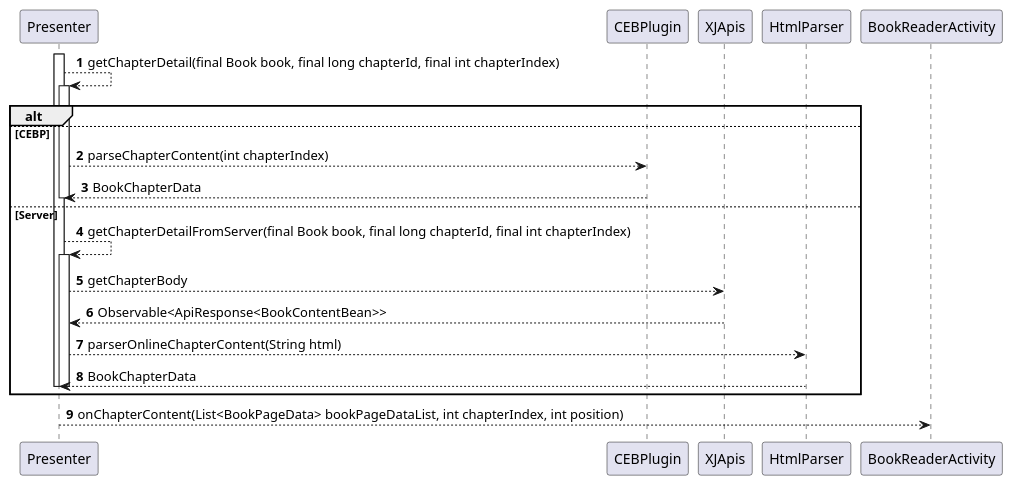
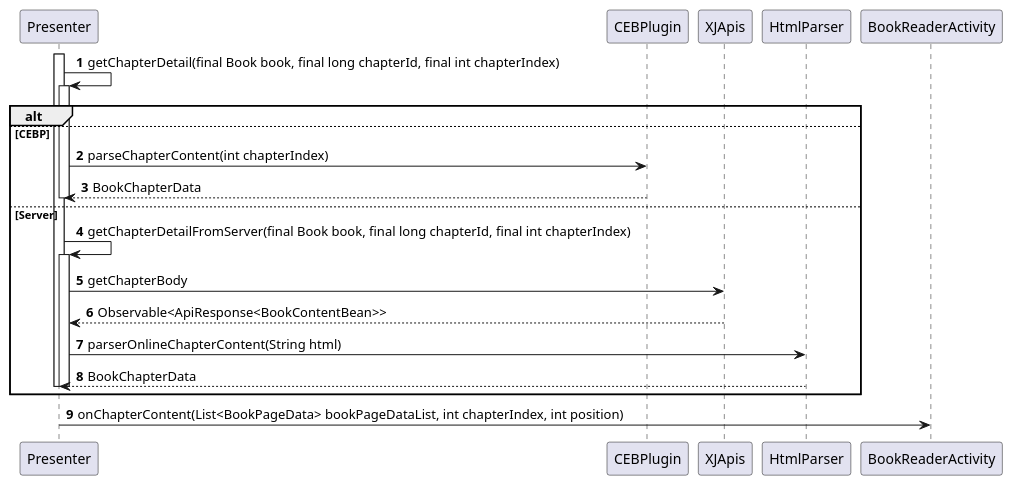
One commit to yufns/uml changed the diagram in uml/reader/module/reader/sequence/reader_data.puml. Above: the diagram before and after it, drawn with PlantUML. The commit also changed 9 other files, not shown here.

```diff
--- a/uml/reader/module/reader/sequence/reader_data.puml
+++ b/uml/reader/module/reader/sequence/reader_data.puml
@@ -1,26 +1,26 @@
 @startuml
 autonumber
 activate Presenter
-Presenter --> Presenter : getChapterDetail(final Book book, final long chapterId, final int chapterIndex)
+Presenter -> Presenter : getChapterDetail(final Book book, final long chapterId, final int chapterIndex)
 alt
 else CEBP
 activate Presenter
-Presenter --> CEBPlugin : parseChapterContent(int chapterIndex)
+Presenter -> CEBPlugin : parseChapterContent(int chapterIndex)
 Presenter <-- CEBPlugin : BookChapterData
 deactivate Presenter
 
 else Server
-Presenter --> Presenter : getChapterDetailFromServer(final Book book, final long chapterId, final int chapterIndex)
+Presenter -> Presenter : getChapterDetailFromServer(final Book book, final long chapterId, final int chapterIndex)
 activate Presenter
-Presenter --> XJApis : getChapterBody
+Presenter -> XJApis : getChapterBody
 Presenter <-- XJApis : Observable<ApiResponse<BookContentBean>>
-Presenter --> HtmlParser : parserOnlineChapterContent(String html)
+Presenter -> HtmlParser : parserOnlineChapterContent(String html)
 Presenter <-- HtmlParser : BookChapterData
 deactivate Presenter
 deactivate Presenter
 end
 
 
-Presenter --> BookReaderActivity : onChapterContent(List<BookPageData> bookPageDataList, int chapterIndex, int position)
+Presenter -> BookReaderActivity : onChapterContent(List<BookPageData> bookPageDataList, int chapterIndex, int position)
 
 @enduml
```
